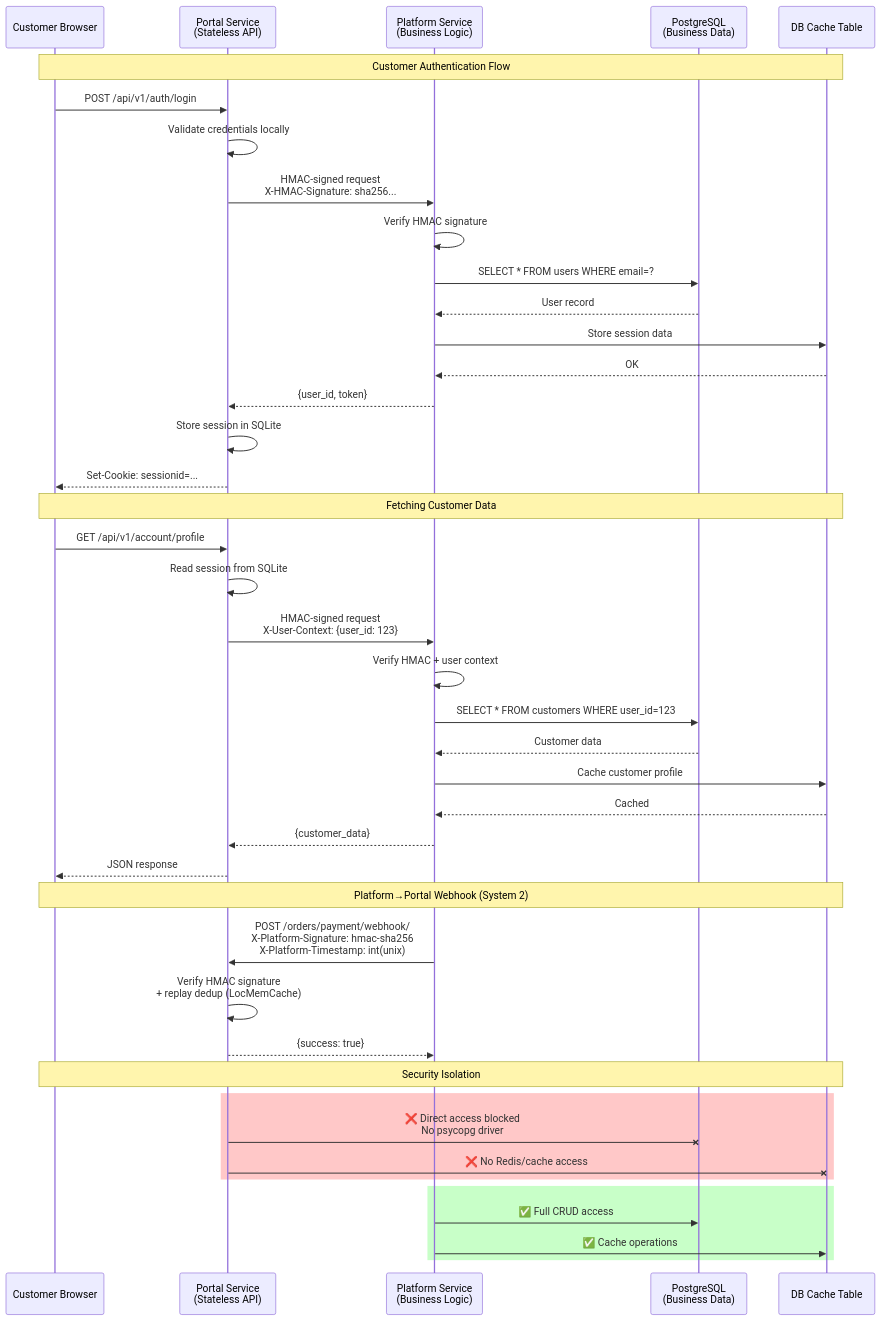
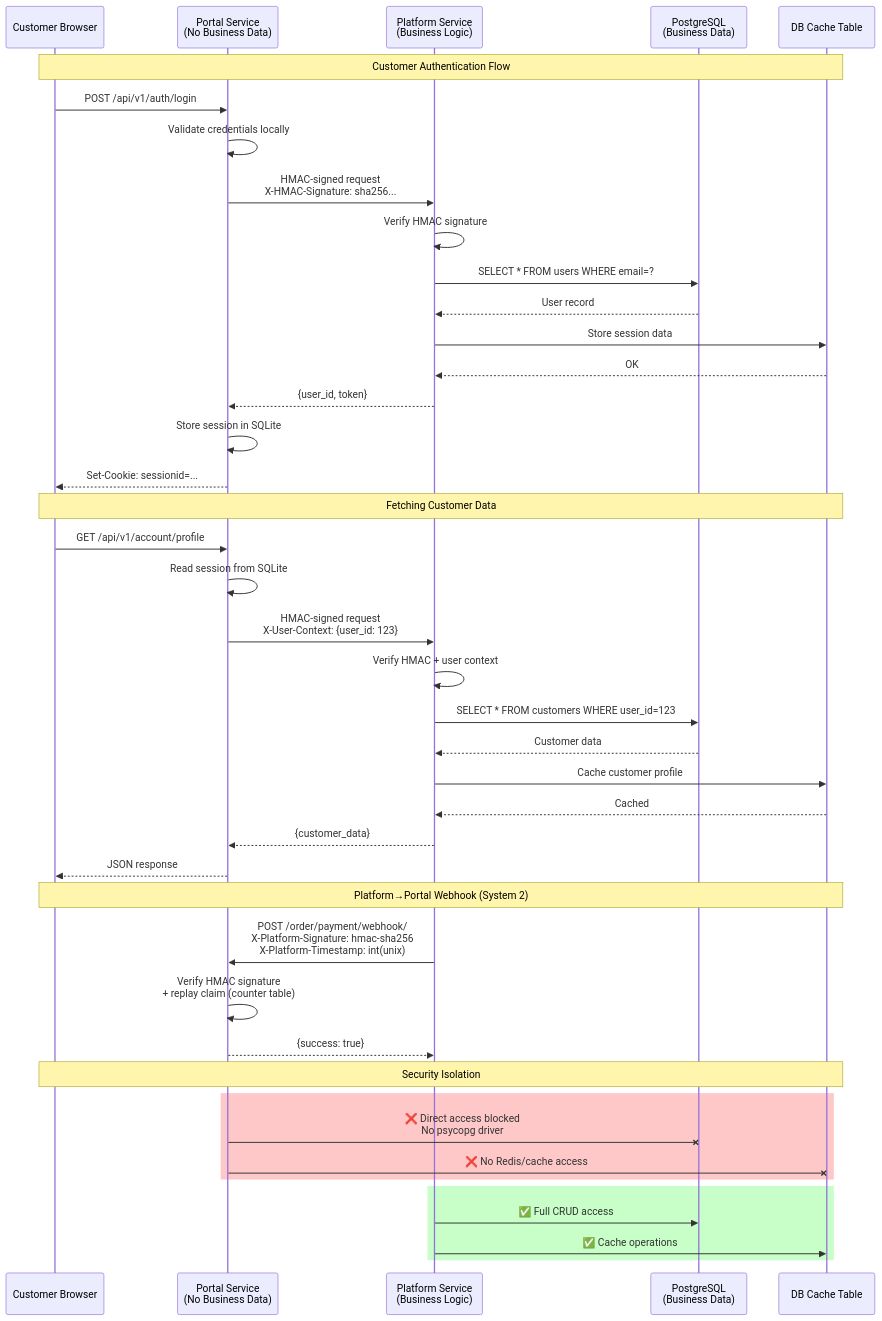
Before and after one commit to captainpragmatic/PRAHO: the diagram in docs/architecture/diagrams/data-flow.mmd, drawn with Mermaid. The commit also changed 18 other files, not shown here.

First line of the commit message:
docs: describe the portal as holding no business data

```diff
--- a/docs/architecture/diagrams/data-flow.mmd
+++ b/docs/architecture/diagrams/data-flow.mmd
@@ -1,51 +1,51 @@
 %% PRAHO Platform - Data Flow & Service Communication
 %% Generated: 2026-02-21
 %% Shows how Portal and Platform services communicate
 
 sequenceDiagram
     participant Customer as Customer Browser
-    participant Portal as Portal Service<br/>(Stateless API)
+    participant Portal as Portal Service<br/>(No Business Data)
     participant Platform as Platform Service<br/>(Business Logic)
     participant DB as PostgreSQL<br/>(Business Data)
     participant Cache as DB Cache Table
 
     Note over Customer,Cache: Customer Authentication Flow
     Customer->>Portal: POST /api/v1/auth/login
     Portal->>Portal: Validate credentials locally
     Portal->>Platform: HMAC-signed request<br/>X-HMAC-Signature: sha256...
     Platform->>Platform: Verify HMAC signature
     Platform->>DB: SELECT * FROM users WHERE email=?
     DB-->>Platform: User record
     Platform->>Cache: Store session data
     Cache-->>Platform: OK
     Platform-->>Portal: {user_id, token}
     Portal->>Portal: Store session in SQLite
     Portal-->>Customer: Set-Cookie: sessionid=...
 
     Note over Customer,Cache: Fetching Customer Data
     Customer->>Portal: GET /api/v1/account/profile
     Portal->>Portal: Read session from SQLite
     Portal->>Platform: HMAC-signed request<br/>X-User-Context: {user_id: 123}
     Platform->>Platform: Verify HMAC + user context
     Platform->>DB: SELECT * FROM customers WHERE user_id=123
     DB-->>Platform: Customer data
     Platform->>Cache: Cache customer profile
     Cache-->>Platform: Cached
     Platform-->>Portal: {customer_data}
     Portal-->>Customer: JSON response
 
     Note over Customer,Cache: Platform→Portal Webhook (System 2)
-    Platform->>Portal: POST /orders/payment/webhook/<br/>X-Platform-Signature: hmac-sha256<br/>X-Platform-Timestamp: int(unix)
-    Portal->>Portal: Verify HMAC signature<br/>+ replay dedup (LocMemCache)
+    Platform->>Portal: POST /order/payment/webhook/<br/>X-Platform-Signature: hmac-sha256<br/>X-Platform-Timestamp: int(unix)
+    Portal->>Portal: Verify HMAC signature<br/>+ replay claim (counter table)
     Portal-->>Platform: {success: true}
 
     Note over Customer,Cache: Security Isolation
     rect rgb(255, 200, 200)
         Portal-XDB: ❌ Direct access blocked<br/>No psycopg driver
         Portal-XCache: ❌ No Redis/cache access
     end
 
     rect rgb(200, 255, 200)
         Platform->>DB: ✅ Full CRUD access
         Platform->>Cache: ✅ Cache operations
     end
```
